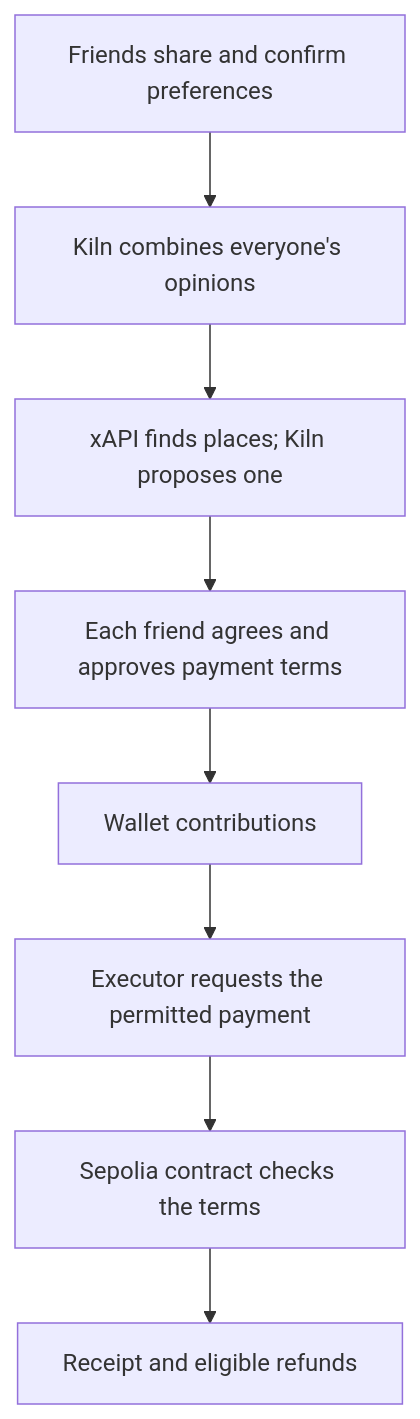
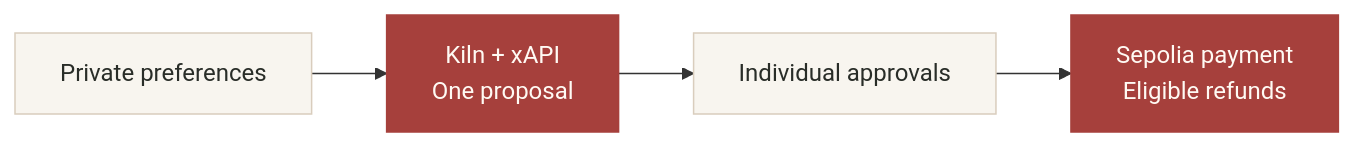
Before and after one commit to miyosep/Converge: the diagram in README.md, drawn with Mermaid. The commit also changed other lines of this file and 2 other files, not shown here.

````diff
--- a/README.md
+++ b/README.md
@@ -96,10 +91,10 @@
 ```mermaid
-flowchart TD
-    A["Friends share and confirm preferences"] --> B["Kiln combines everyone's opinions"]
-    B --> C["xAPI finds places; Kiln proposes one"]
-    C --> D["Each friend agrees and approves payment terms"]
-    D --> E["Wallet contributions"]
-    E --> F["Executor requests the permitted payment"]
-    F --> G["Sepolia contract checks the terms"]
-    G --> H["Receipt and eligible refunds"]
+flowchart LR
+    A["Private preferences"] --> B["Kiln + xAPI<br/>One proposal"]
+    B --> C["Individual approvals"]
+    C --> D["Sepolia payment<br/>Eligible refunds"]
+    classDef warm fill:#f8f5ef,stroke:#d9cdbd,color:#292d28;
+    classDef accent fill:#a6403c,stroke:#a6403c,color:#fffaf4;
+    class A,C warm;
+    class B,D accent;
 ```
````
